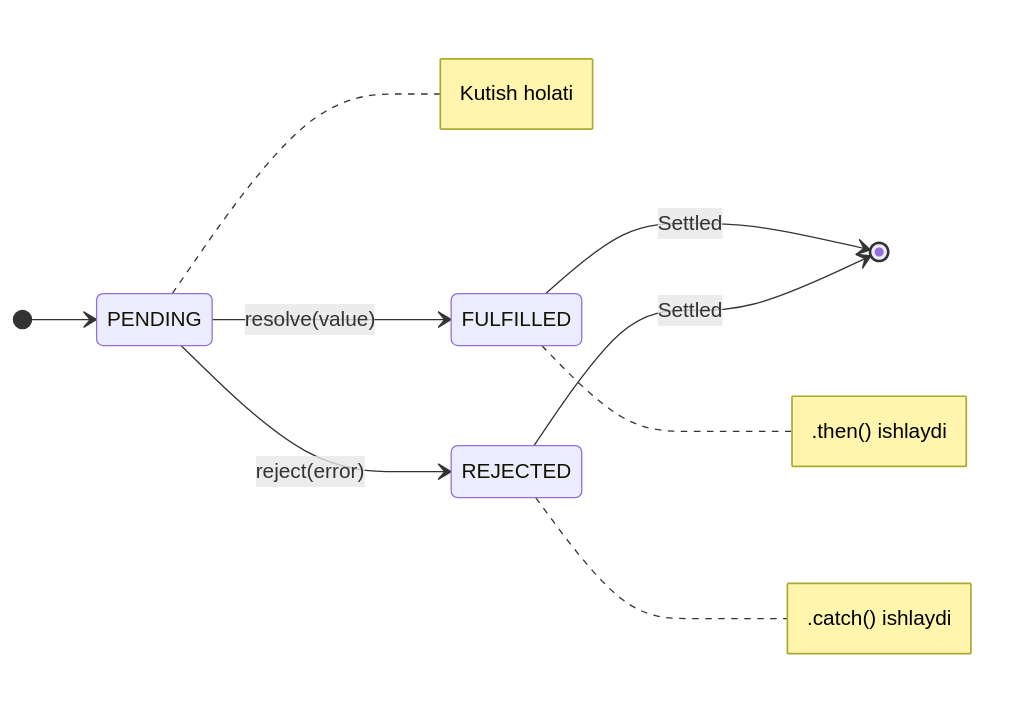
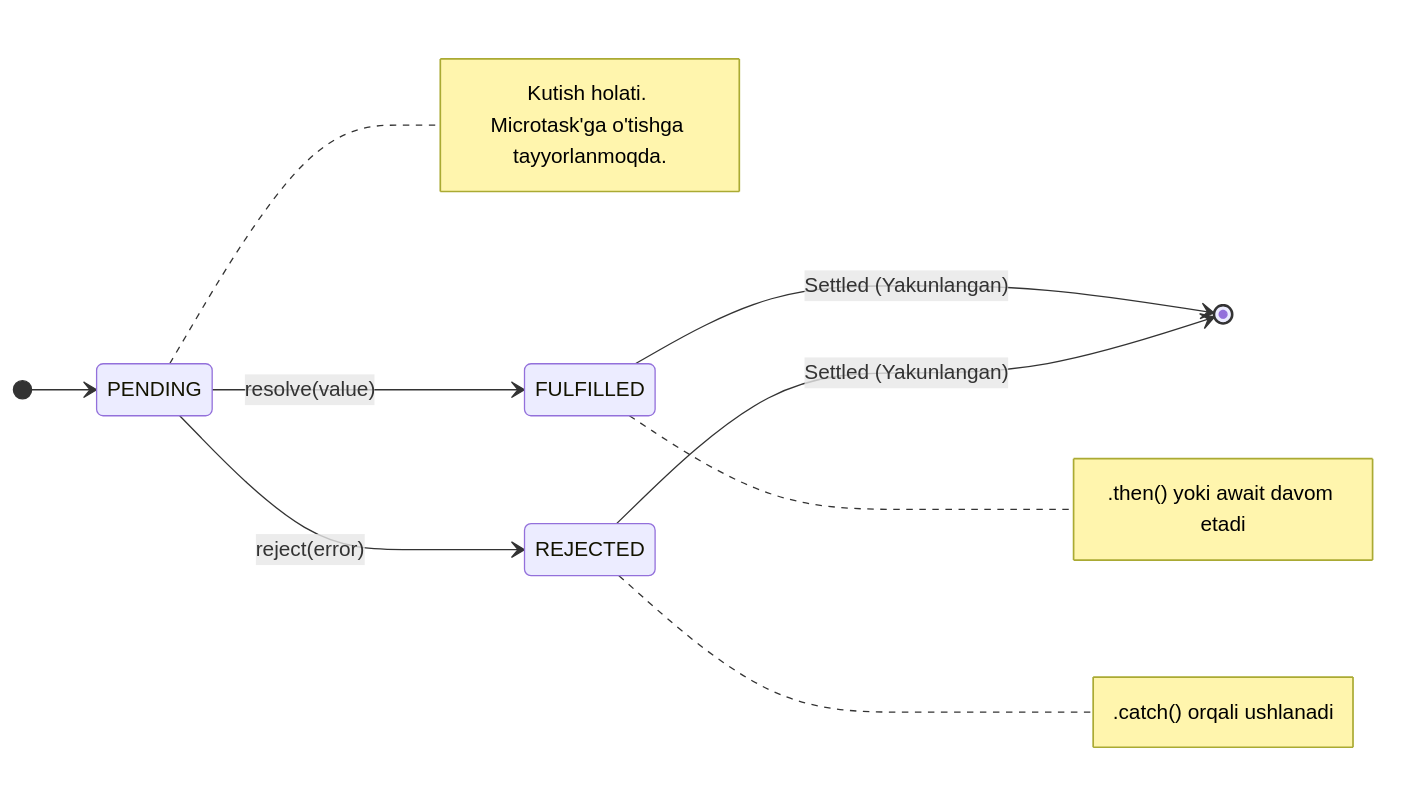
Before and after one commit to nusretoglu/senior-frontend-roadmap: the diagram in docs/01-core-javascript/03-promises-async.md, drawn with Mermaid. The commit also changed other lines of this file and 143 other files, not shown here.

````diff
--- a/docs/01-core-javascript/03-promises-async.md
+++ b/docs/01-core-javascript/03-promises-async.md
@@ -42,15 +159,15 @@
 ```mermaid
 stateDiagram-v2
     direction LR
     [*] --> PENDING
     
     PENDING --> FULFILLED : resolve(value)
     PENDING --> REJECTED : reject(error)
     
-    FULFILLED --> [*] : Settled
-    REJECTED --> [*] : Settled
+    FULFILLED --> [*] : Settled (Yakunlangan)
+    REJECTED --> [*] : Settled (Yakunlangan)
 
-    note right of PENDING : Kutish holati
-    note right of FULFILLED : .then() ishlaydi
-    note right of REJECTED : .catch() ishlaydi
+    note right of PENDING : Kutish holati. <br/>Microtask'ga o'tishga tayyorlanmoqda.
+    note right of FULFILLED : .then() yoki await davom etadi
+    note right of REJECTED : .catch() orqali ushlanadi
 ```
````
